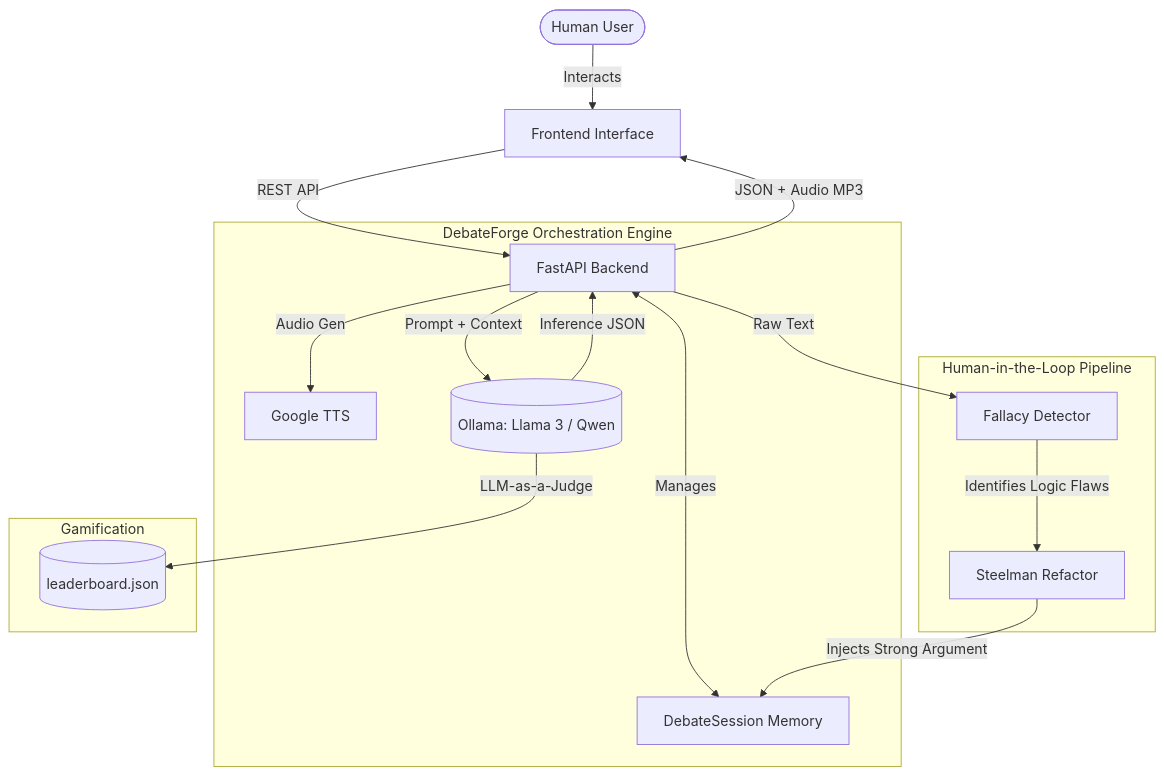
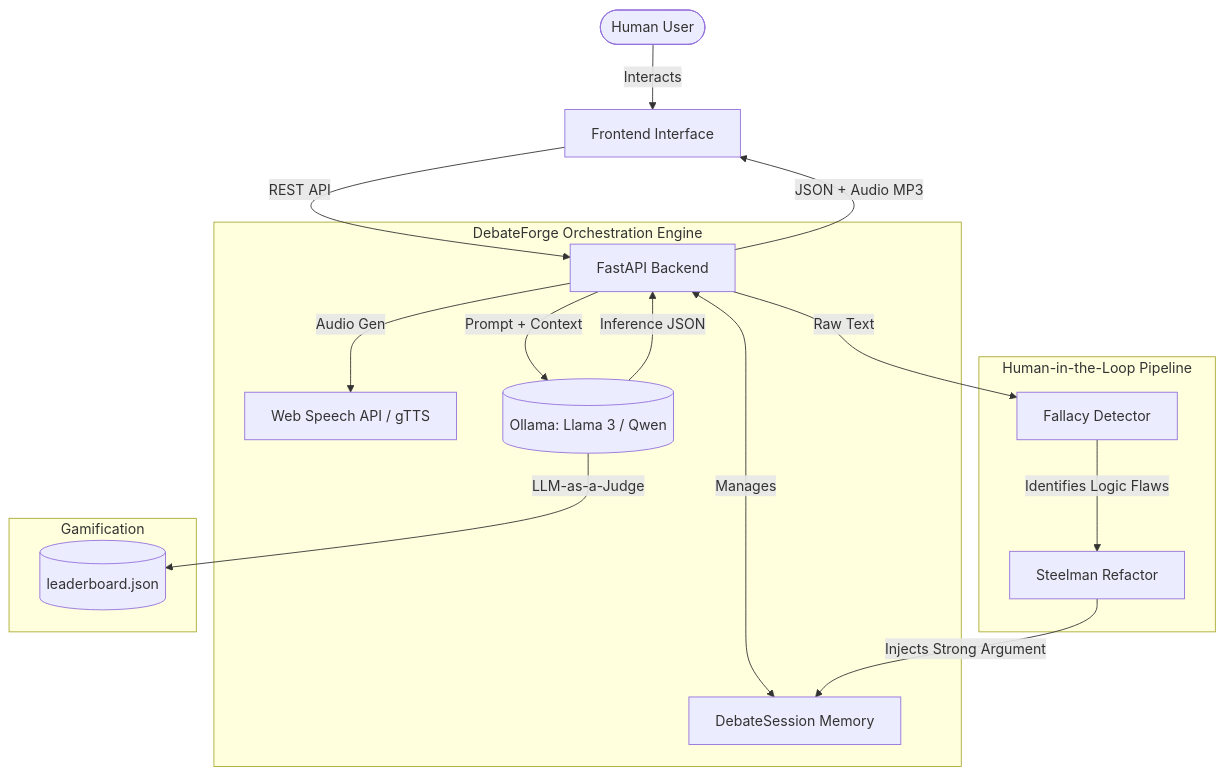
One commit to prajjwal-17/AI-Debate-System changed the diagram in README.md. Above: the diagram before and after it, drawn with Mermaid. The commit also changed other lines of this file, not shown here.

````diff
--- a/README.md
+++ b/README.md
@@ -14,24 +16,24 @@
 ```mermaid
 graph TD
     User([Human User]) -->|Interacts| UI[Frontend Interface]
     UI -->|REST API| API[FastAPI Backend]
 
     subgraph "DebateForge Orchestration Engine"
         API <-->|Manages| Context[DebateSession Memory]
-        API -->|Audio Gen| gTTS[Google TTS]
+        API -->|Audio Gen| WebSpeech[Web Speech API / gTTS]
         API -->|Prompt + Context| LocalAI[(Ollama: Llama 3 / Qwen)]
         LocalAI -->|Inference JSON| API
     end
 
     subgraph "Human-in-the-Loop Pipeline"
         API -->|Raw Text| Fallacy[Fallacy Detector]
         Fallacy -->|Identifies Logic Flaws| Steelman[Steelman Refactor]
         Steelman -->|Injects Strong Argument| Context
     end
 
     API -->|JSON + Audio MP3| UI
     
     subgraph "Gamification"
         LocalAI -->|LLM-as-a-Judge| Leaderboard[(leaderboard.json)]
     end
 ```
````
